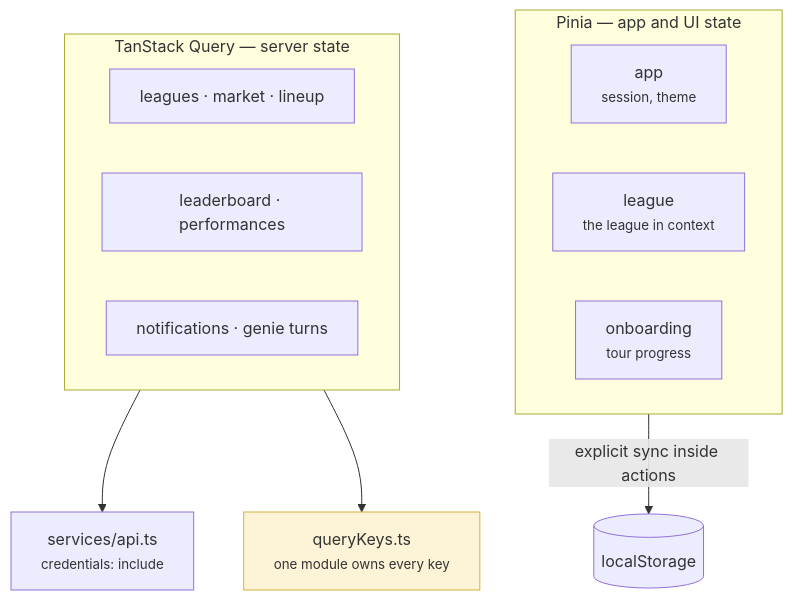
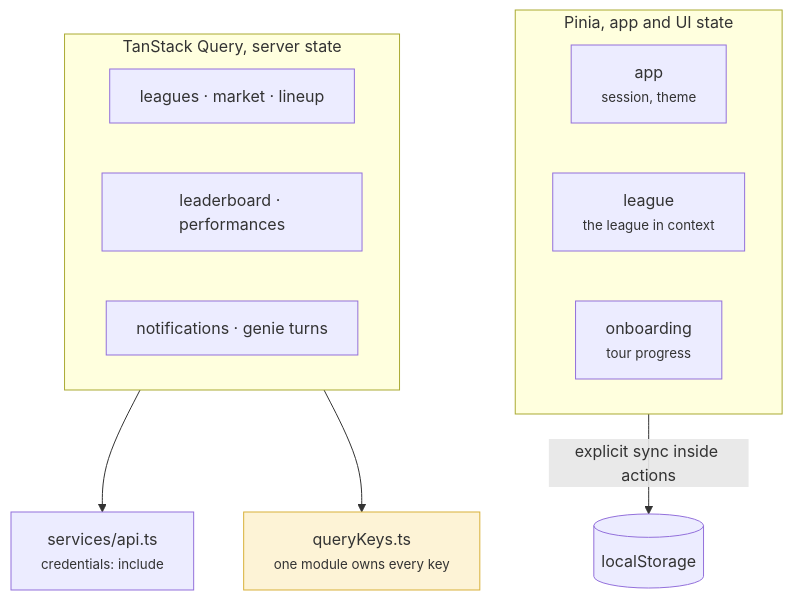
One commit to FantasyWiki/FantasyWiki changed the second of 2 diagrams in docs/site/pages/architecture/frontend.md. Above: the diagram before and after it, drawn with Mermaid. The commit also changed other lines of this file and 68 other files, not shown here.

````diff
--- a/docs/site/pages/architecture/frontend.md
+++ b/docs/site/pages/architecture/frontend.md
@@ -51,24 +51,24 @@
 ```mermaid
 flowchart TB
-  subgraph Pinia["Pinia — app and UI state"]
+  subgraph Pinia["Pinia, app and UI state"]
     A1["app<br/><small>session, theme</small>"]
     A2["league<br/><small>the league in context</small>"]
     A3["onboarding<br/><small>tour progress</small>"]
   end
 
-  subgraph Query["TanStack Query — server state"]
+  subgraph Query["TanStack Query, server state"]
     Q1["leagues · market · lineup"]
     Q2["leaderboard · performances"]
     Q3["notifications · genie turns"]
   end
 
   LS[("localStorage")]
   API["services/api.ts<br/><small>credentials: include</small>"]
 
   Pinia -->|"explicit sync inside actions"| LS
   Query --> API
   Query --> KEYS["queryKeys.ts<br/><small>one module owns every key</small>"]
 
   classDef seam fill:#fdf3d6,stroke:#d8b03a;
   class KEYS seam;
 ```
````
